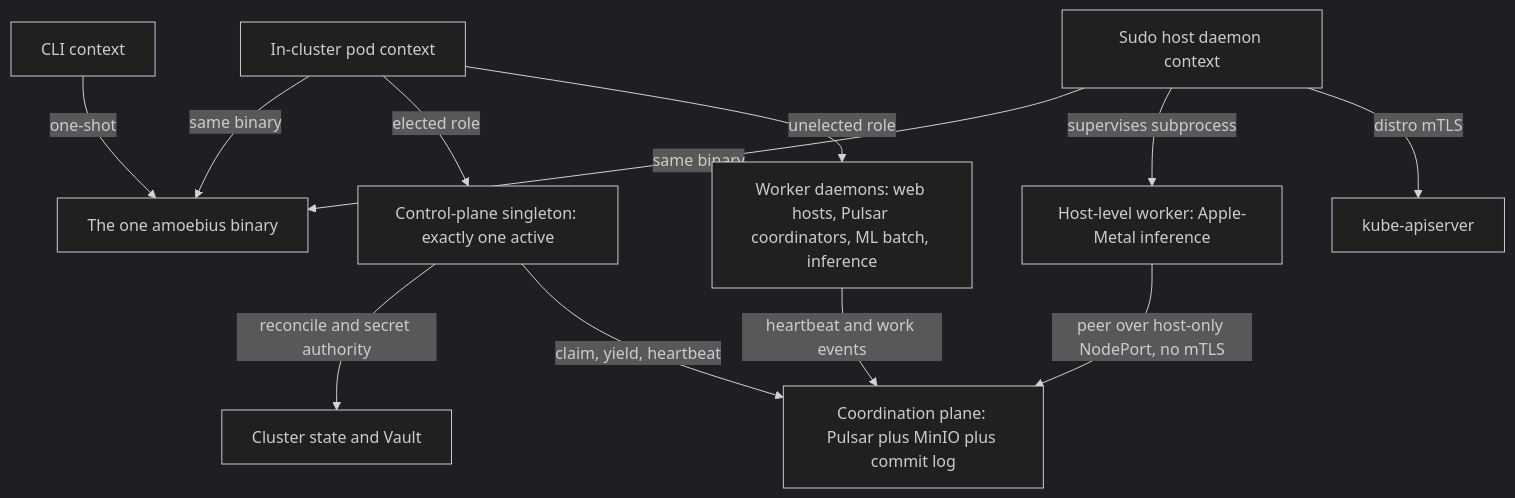
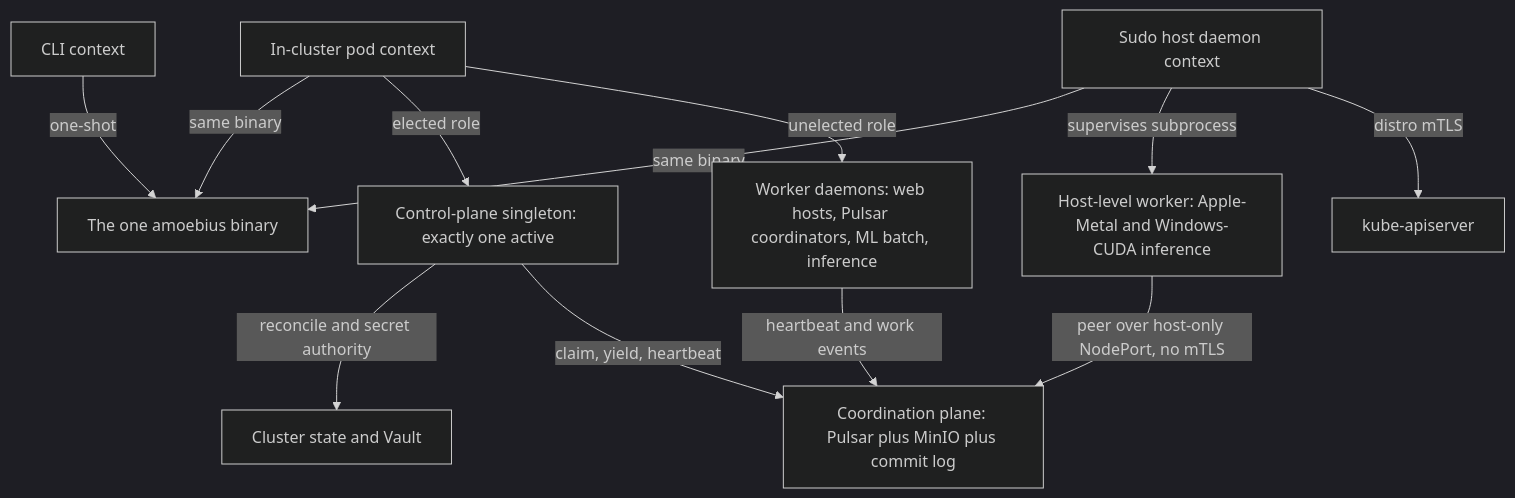
Before and after one commit to Tuee22/amoebius: the second of 2 diagrams in documents/engineering/daemon_topology_doctrine.md, drawn with Mermaid (dark theme). The commit also changed other lines of this file and 26 other files, not shown here.

````diff
--- a/documents/engineering/daemon_topology_doctrine.md
+++ b/documents/engineering/daemon_topology_doctrine.md
@@ -352,14 +442,14 @@
 ```mermaid
 flowchart TD
   cli[CLI context] -->|one-shot| binary[The one amoebius binary]
   hostd[Sudo host daemon context] -->|same binary| binary
   pod[In-cluster pod context] -->|same binary| binary
   pod -->|elected role| cp[Control-plane singleton: exactly one active]
   pod -->|unelected role| workers[Worker daemons: web hosts, Pulsar coordinators, ML batch, inference]
-  hostd -->|supervises subprocess| hostwork[Host-level worker: Apple-Metal inference]
+  hostd -->|supervises subprocess| hostwork[Host-level worker: Apple-Metal and Windows-CUDA inference]
   hostd -->|distro mTLS| api[kube-apiserver]
   cp -->|reconcile and secret authority| world[Cluster state and Vault]
   cp -->|claim, yield, heartbeat| plane[Coordination plane: Pulsar plus MinIO plus commit log]
   workers -->|heartbeat and work events| plane
   hostwork -->|peer over host-only NodePort, no mTLS| plane
 ```
````
